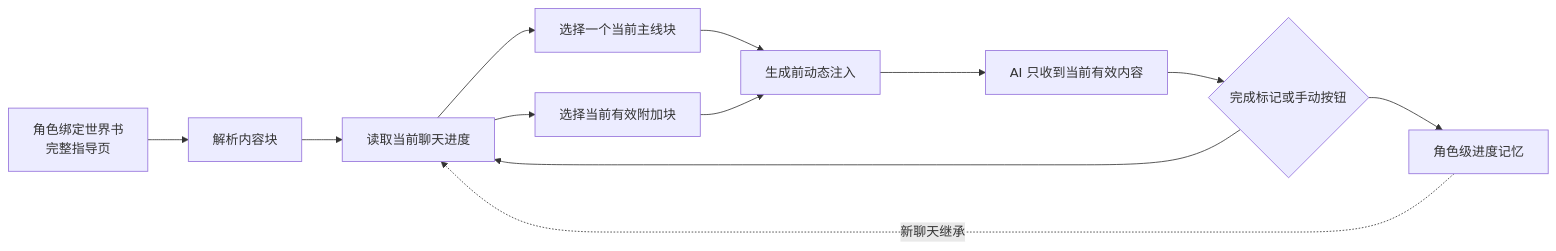
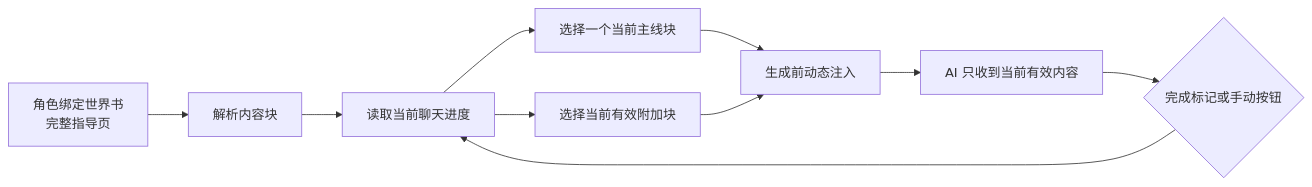
Before and after one commit to PlayerAlex/sillytavern-dynamic-guide: the diagram in README.md, drawn with Mermaid. The commit also changed other lines of this file and 3 other files, not shown here.

````diff
--- a/README.md
+++ b/README.md
@@ -138,14 +142,12 @@
 ```mermaid
 flowchart LR
     A[角色绑定世界书<br/>完整指导页] --> B[解析内容块]
     B --> C[读取当前聊天进度]
-    K[角色级进度记忆] -.新聊天继承.-> C
     C --> D[选择一个当前主线块]
     C --> E[选择当前有效附加块]
     D --> F[生成前动态注入]
     E --> F
     F --> G[AI 只收到当前有效内容]
     G --> H{完成标记或手动按钮}
     H --> C
-    H --> K
 ```
````
